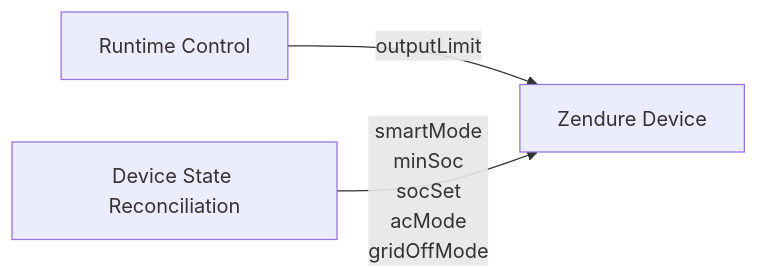
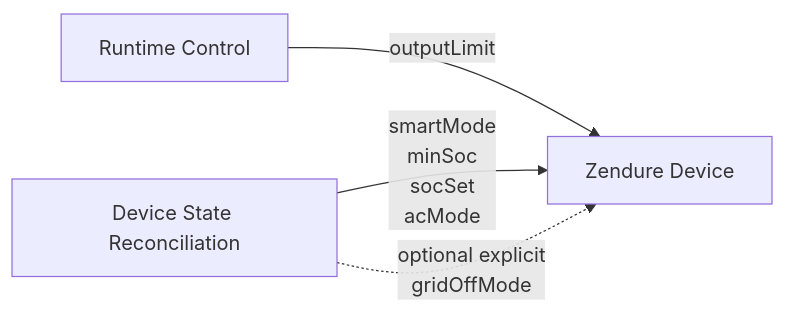
The fifth of 6 diagrams in README.md (basecubedev/ems-solarflow-api-control), drawn with Mermaid before and after one commit. The commit also changed other lines of this file and 1 other file, not shown here.

````diff
--- a/README.md
+++ b/README.md
@@ -1046,10 +1047,11 @@
 ```mermaid
 flowchart LR
 
     A["Runtime Control"]
     B["Device State Reconciliation"]
 
     A -->|"outputLimit"| DEV["Zendure Device"]
 
-    B -->|"smartMode\nminSoc\nsocSet\nacMode\ngridOffMode"| DEV
+    B -->|"smartMode\nminSoc\nsocSet\nacMode"| DEV
+    B -. "optional explicit\ngridOffMode" .-> DEV
 ```
````
